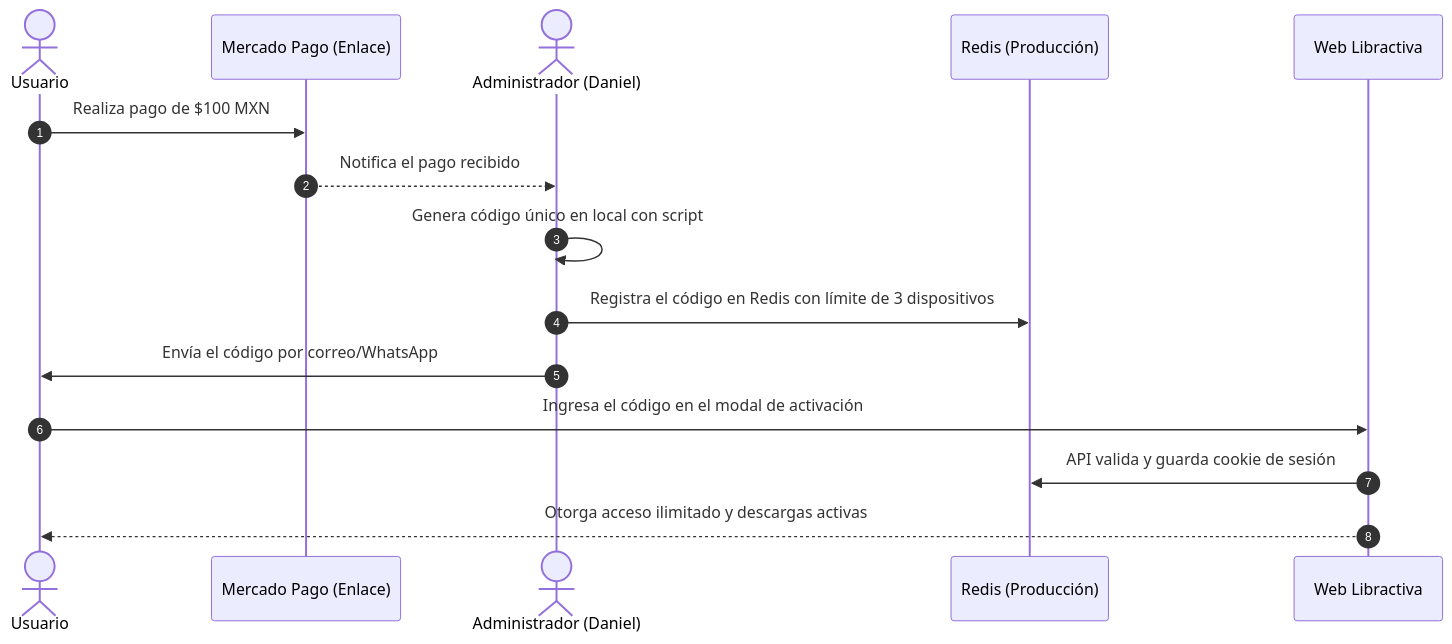
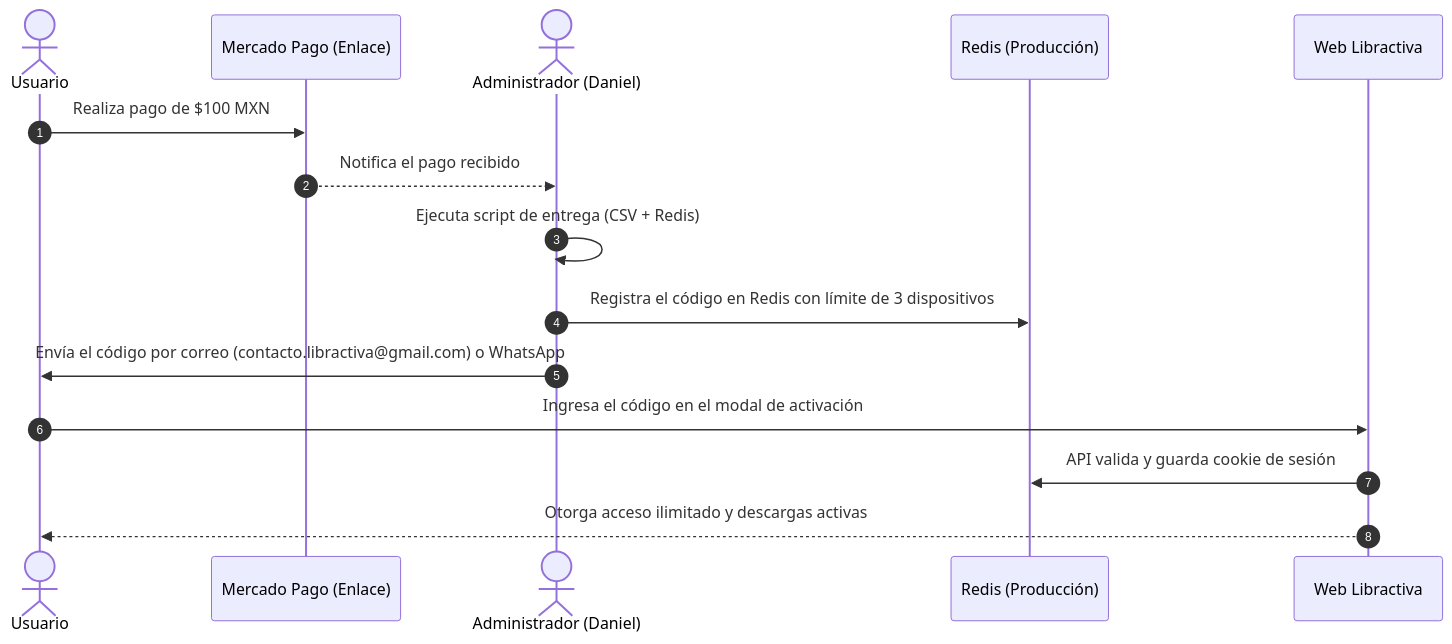
One commit to libros-en-accion/biblioteca-digital changed the diagram in boveda/03 - Identidad y Marca/Modelo de Negocio.md. Above: the diagram before and after it, drawn with Mermaid. The commit also changed other lines of this file and 15 other files, not shown here.

````diff
--- a/boveda/03 - Identidad y Marca/Modelo de Negocio.md
+++ b/boveda/03 - Identidad y Marca/Modelo de Negocio.md
@@ -41,18 +42,18 @@
 ```mermaid
 sequenceDiagram
     autonumber
     actor U as Usuario
     participant MP as Mercado Pago (Enlace)
     actor A as Administrador (Daniel)
     participant R as Redis (Producción)
     participant W as Web Libractiva
 
     U->>MP: Realiza pago de $100 MXN
     MP-->>A: Notifica el pago recibido
-    A->>A: Genera código único en local con script
+    A->>A: Ejecuta script de entrega (CSV + Redis)
     A->>R: Registra el código en Redis con límite de 3 dispositivos
-    A->>U: Envía el código por correo/WhatsApp
+    A->>U: Envía el código por correo (contacto.libractiva@gmail.com) o WhatsApp
     U->>W: Ingresa el código en el modal de activación
     W->>R: API valida y guarda cookie de sesión
     W-->>U: Otorga acceso ilimitado y descargas activas
 ```
````
